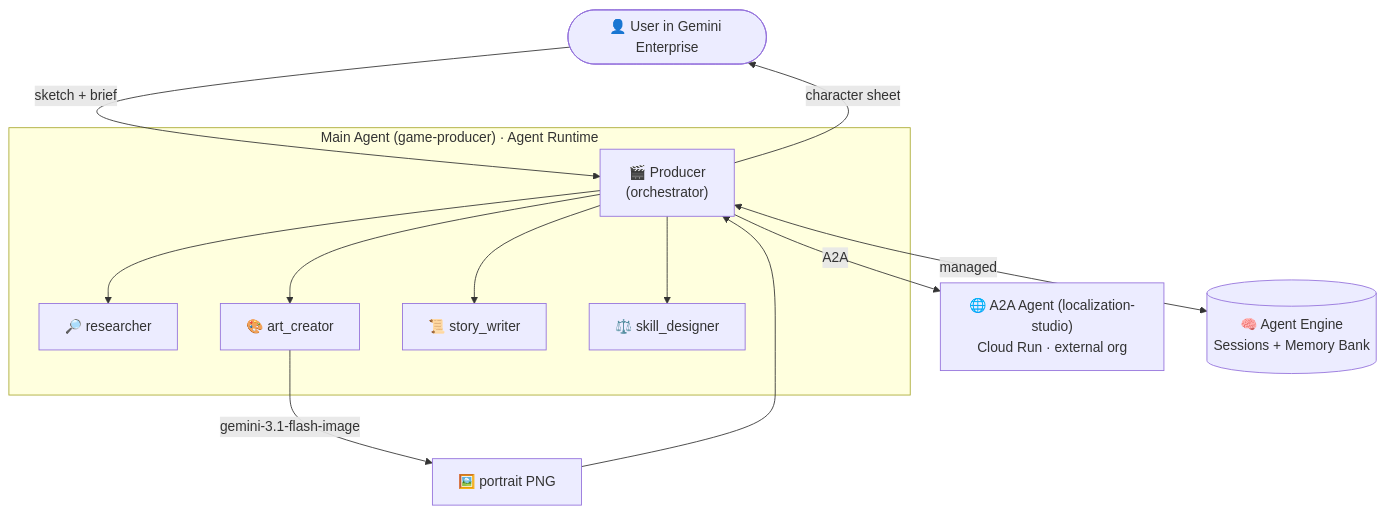
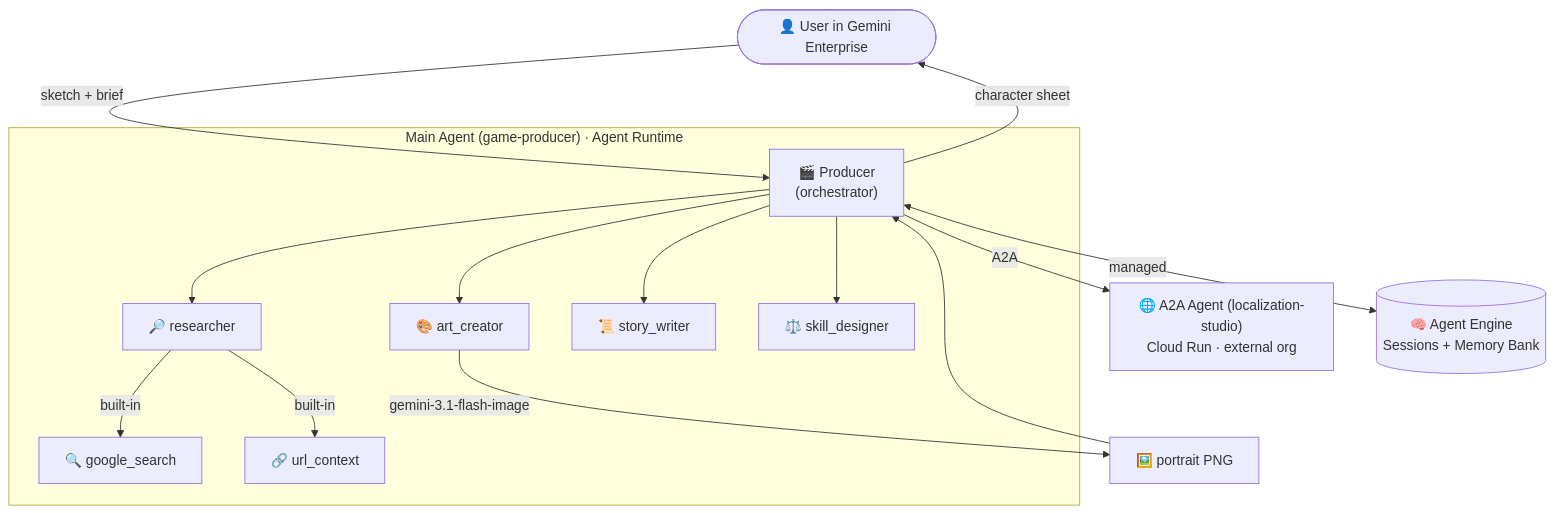
One commit to hxhwing/agent-platform-demo changed the diagram in README.md. Above: the diagram before and after it, drawn with Mermaid. The commit also changed 3 other files, not shown here.

First line of the commit message:
docs: show researcher's two built-in tools (google_search + url_context) in architecture diagrams

````diff
--- a/README.md
+++ b/README.md
@@ -37,20 +37,22 @@
 ```mermaid
 graph TD
   U(["👤 User in Gemini Enterprise"]) -->|"sketch + brief"| GP
   subgraph PROD["Main Agent (game-producer) · Agent Runtime"]
     GP["🎬 Producer<br/>(orchestrator)"]
     R["🔎 researcher"]
     AD["🎨 art_creator"]
     LW["📜 story_writer"]
     BD["⚖️ skill_designer"]
     GP --> R
     GP --> AD
     GP --> LW
     GP --> BD
+    R -->|"built-in"| GS["🔍 google_search"]
+    R -->|"built-in"| UC["🔗 url_context"]
   end
   AD -->|"gemini-3.1-flash-image"| IMG["🖼️ portrait PNG"]
   IMG --> GP
   GP -->|"A2A"| LOC["🌐 A2A Agent (localization-studio)<br/>Cloud Run · external org"]
   GP <-->|"managed"| MEM[("🧠 Agent Engine<br/>Sessions + Memory Bank")]
   GP -->|"character sheet"| U
 ```
````
